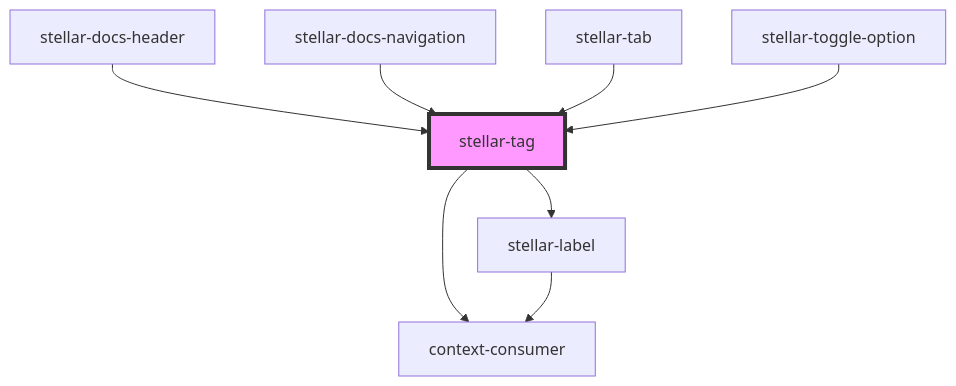
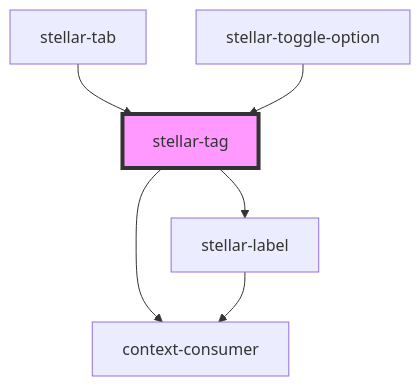
One commit to splitinfinities/Stellar changed the diagram in src/components/ui/tag/readme.md. Above: the diagram before and after it, drawn with Mermaid. The commit also changed other lines of this file and 58 other files, not shown here.

````diff
--- a/src/components/ui/tag/readme.md
+++ b/src/components/ui/tag/readme.md
@@ -80,11 +78,9 @@
 ```mermaid
 graph TD;
   stellar-tag --> stellar-label
   stellar-tag --> context-consumer
   stellar-label --> context-consumer
-  stellar-docs-header --> stellar-tag
-  stellar-docs-navigation --> stellar-tag
   stellar-tab --> stellar-tag
   stellar-toggle-option --> stellar-tag
   style stellar-tag fill:#f9f,stroke:#333,stroke-width:4px
 ```
````
